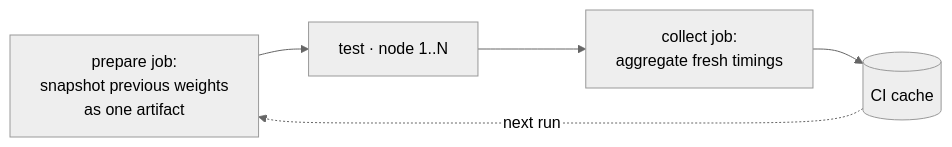
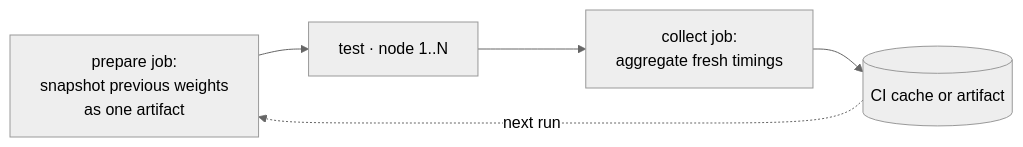
Before and after one commit to micschr0/gradle-test-shard-plugin: the second of 2 diagrams in docs/self-updating-weights.md, drawn with Mermaid (neutral theme). The commit also changed other lines of this file and 89 other files, not shown here.

````diff
--- a/docs/self-updating-weights.md
+++ b/docs/self-updating-weights.md
@@ -97,5 +127,5 @@
 ```mermaid
 flowchart LR
-    PREP["prepare job:<br/>snapshot previous weights<br/>as one artifact"] --> N1["test · node 1..N"] --> COLL["collect job:<br/>aggregate fresh timings"] --> CACHE[("CI cache")]
+    PREP["prepare job:<br/>snapshot previous weights<br/>as one artifact"] --> N1["test · node 1..N"] --> COLL["collect job:<br/>aggregate fresh timings"] --> CACHE[("CI cache or artifact")]
     CACHE -. "next run" .-> PREP
 ```
````
